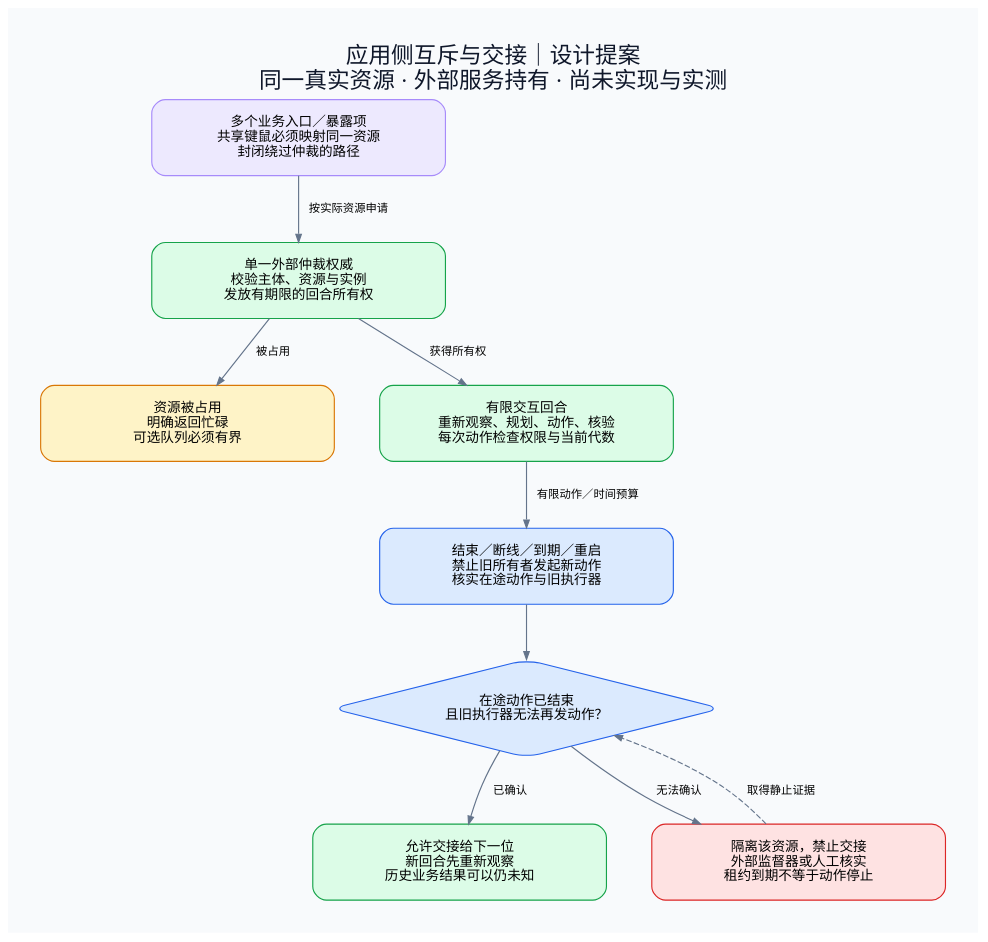
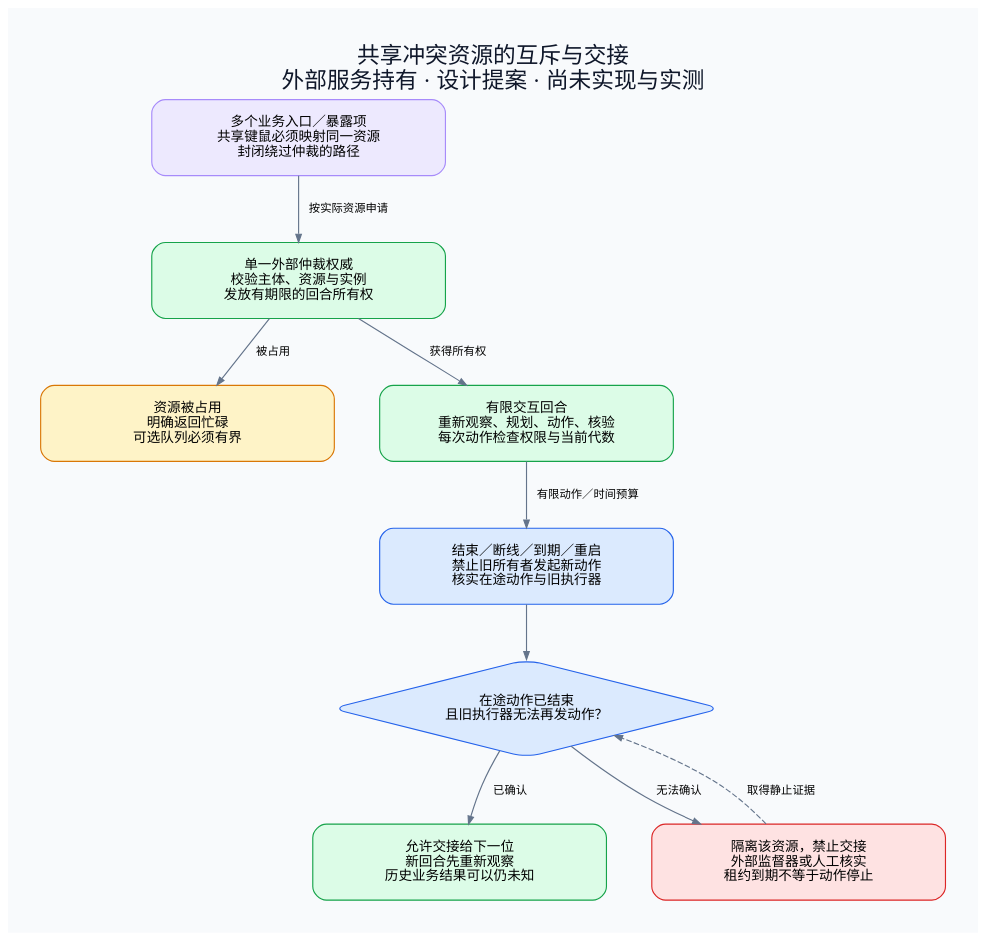
The diagram in docs/architecture/diagrams/v0.7/08-resource-arbitration.dot (wyw-ai/loom-oi), drawn with Graphviz before and after one commit. The commit also changed 24 other files, not shown here.

```diff
--- a/docs/architecture/diagrams/v0.7/08-resource-arbitration.dot
+++ b/docs/architecture/diagrams/v0.7/08-resource-arbitration.dot
@@ -1,23 +1,23 @@
 digraph arbitration {
- graph [rankdir=TB, bgcolor="#F8FAFC", pad=0.4, nodesep=0.55, ranksep=0.65, fontname="Noto Sans SC", label="应用侧互斥与交接｜设计提案\n同一真实资源 · 外部服务持有 · 尚未实现与实测", labelloc=t, fontsize=20, fontcolor="#0F172A"];
+ graph [rankdir=TB, bgcolor="#F8FAFC", pad=0.4, nodesep=0.55, ranksep=0.65, fontname="Noto Sans SC", label="共享冲突资源的互斥与交接\n外部服务持有 · 设计提案 · 尚未实现与实测", labelloc=t, fontsize=20, fontcolor="#0F172A"];
  node [shape=box, style="rounded,filled", fontname="Noto Sans SC", fontsize=12, color="#94A3B8", fillcolor="white", margin="0.3,0.2", width=3.6];
  edge [fontname="Noto Sans SC", fontsize=10, color="#64748B", arrowsize=0.7];
  calls [label="多个业务入口／暴露项\n共享键鼠必须映射同一资源\n封闭绕过仲裁的路径", fillcolor="#EDE9FE", color="#A78BFA"];
  grant [label="单一外部仲裁权威\n校验主体、资源与实例\n发放有期限的回合所有权", fillcolor="#DCFCE7", color="#16A34A"];
  busy [label="资源被占用\n明确返回忙碌\n可选队列必须有界", fillcolor="#FEF3C7", color="#D97706"];
  round [label="有限交互回合\n重新观察、规划、动作、核验\n每次动作检查权限与当前代数", fillcolor="#DCFCE7", color="#16A34A"];
  stop [label="结束／断线／到期／重启\n禁止旧所有者发起新动作\n核实在途动作与旧执行器", fillcolor="#DBEAFE", color="#2563EB"];
  quiet [label="在途动作已结束\n且旧执行器无法再发动作？", shape=diamond, width=4.4, height=1.2, fillcolor="#DBEAFE", color="#2563EB"];
  release [label="允许交接给下一位\n新回合先重新观察\n历史业务结果可以仍未知", fillcolor="#DCFCE7", color="#16A34A"];
  quarantine [label="隔离该资源，禁止交接\n外部监督器或人工核实\n租约到期不等于动作停止", fillcolor="#FEE2E2", color="#DC2626"];
  calls -> grant [label="　按实际资源申请　"];
  grant -> busy [label="　被占用　"];
  grant -> round [label="　获得所有权　"];
  round -> stop [label="　有限动作／时间预算　"];
  stop -> quiet;
  quiet -> release [label="　已确认　"];
  quiet -> quarantine [label="　无法确认　"];
  quarantine -> quiet [style=dashed, label="　取得静止证据　", constraint=false];
  {rank=same;busy;round;}
  {rank=same;release;quarantine;}
 }
```
